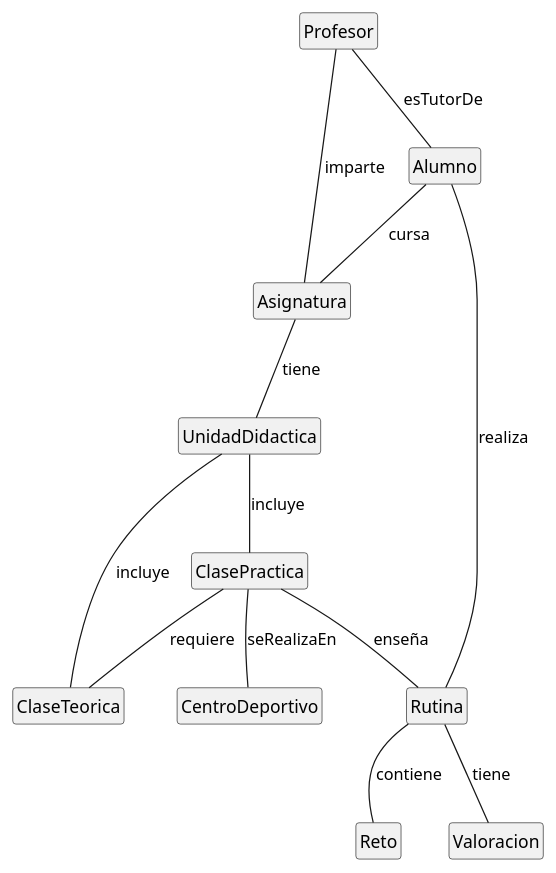
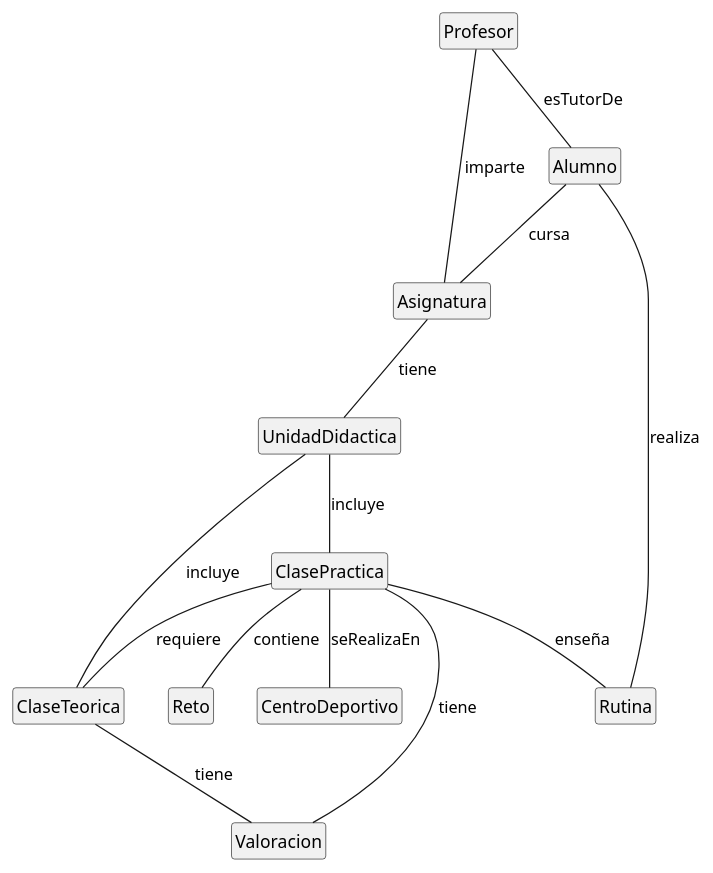
One commit to mmasias/24-25-IdSw1-SDR changed the diagram in Documentos/ModelosUML/evas.puml. Above: the diagram before and after it, drawn with PlantUML. The commit also changed 2 other files, not shown here.

Commit message:
Diagrama De Clases

```diff
--- a/Documentos/ModelosUML/evas.puml
+++ b/Documentos/ModelosUML/evas.puml
@@ -1,32 +1,32 @@
 @startuml
 
 hide circle
 hide empty members
 
 class Profesor {}
 class Alumno {}
 class Asignatura {}
 class UnidadDidactica {}
 class ClasePractica {
    
 }
 class ClaseTeorica {}
 class CentroDeportivo {}
 class Rutina {}
 class Reto {}
 class Valoracion {}
 
 Profesor -- Alumno : esTutorDe
 Profesor -- Asignatura : imparte
 Asignatura -- UnidadDidactica : tiene
 UnidadDidactica -- ClasePractica : incluye
 UnidadDidactica -- ClaseTeorica : incluye
 Alumno -- Asignatura : cursa
 ClasePractica -- CentroDeportivo : seRealizaEn
 ClasePractica -- Rutina : enseña
-Rutina -- Reto : contiene
-Rutina -- Valoracion: tiene
+ClasePractica -- Reto : contiene
+ClasePractica -- Valoracion: tiene
+ClaseTeorica -- Valoracion: tiene
 Alumno -- Rutina: realiza
-
 ClasePractica -- ClaseTeorica : requiere
 @enduml
```
